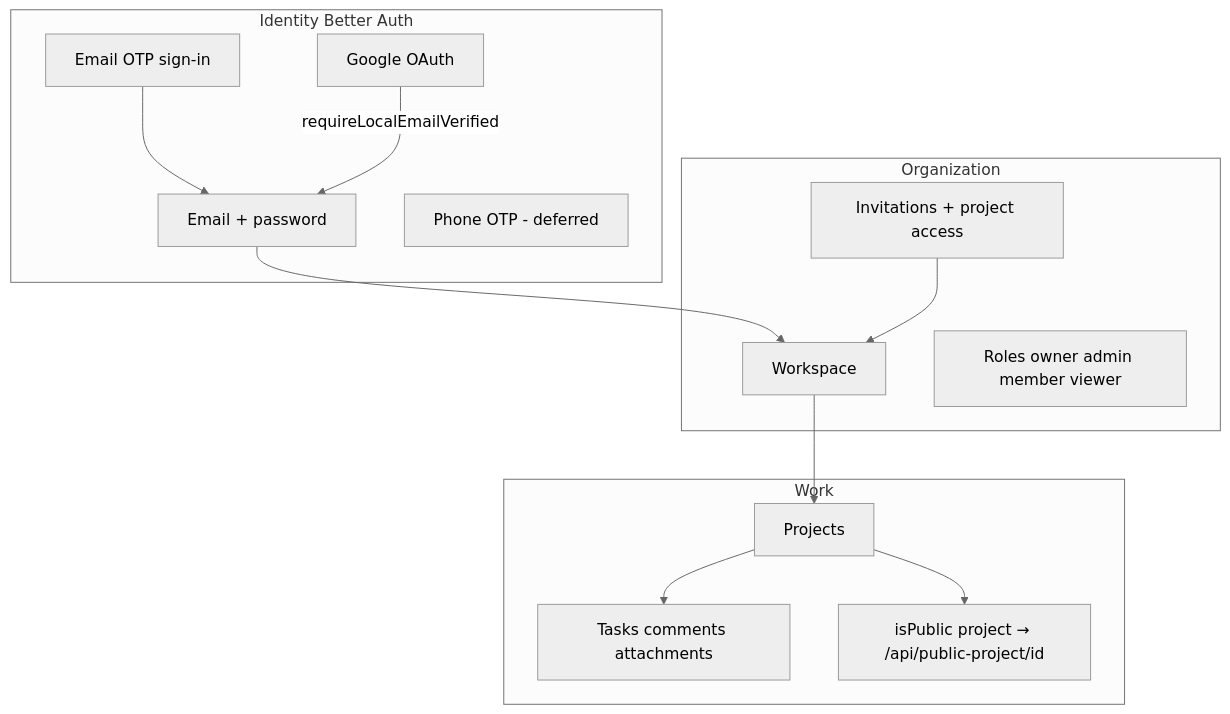
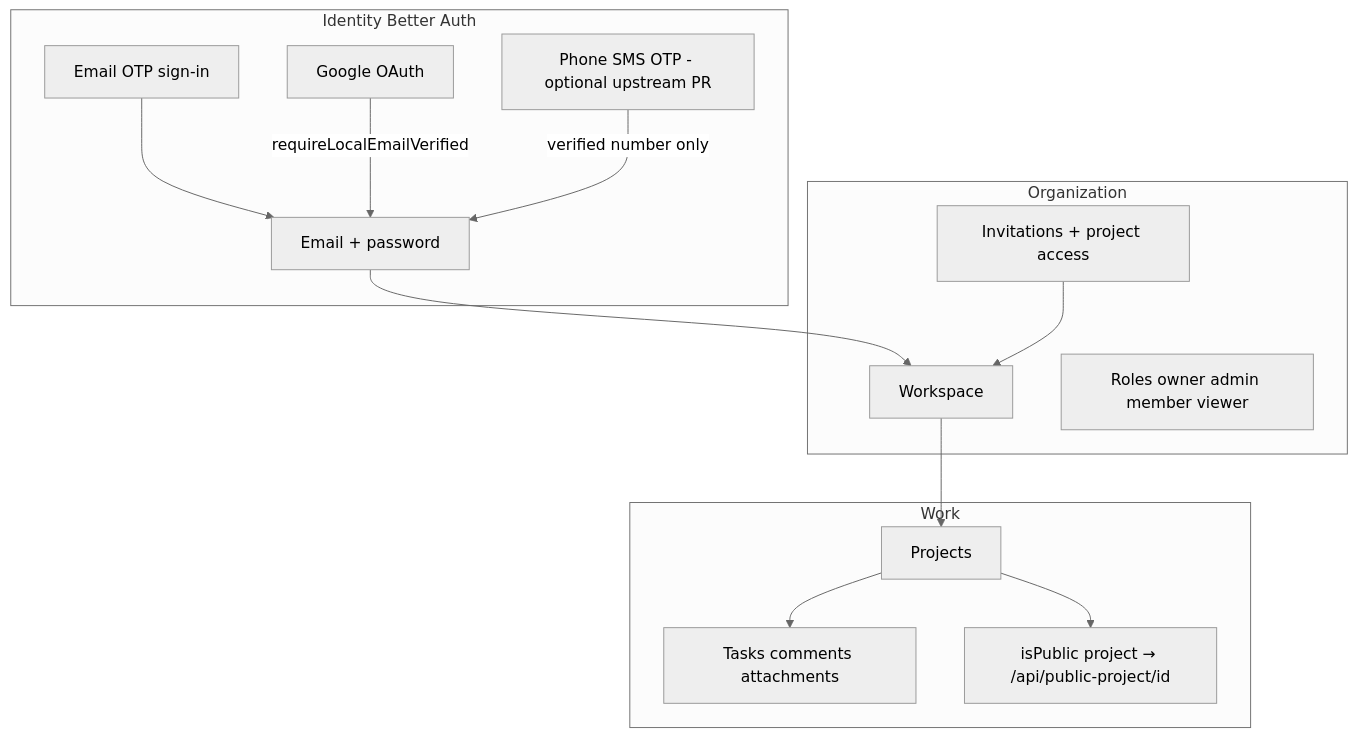
The diagram in docs/prsm/PRODUCT_PLAN.md (R4wm/kaneo), drawn with Mermaid (neutral theme) before and after one commit. The commit also changed other lines of this file and 6 other files, not shown here.

First line of the commit message:
docs(prsm): narrow SMS phone verification plan for upstream PR

````diff
--- a/docs/prsm/PRODUCT_PLAN.md
+++ b/docs/prsm/PRODUCT_PLAN.md
@@ -17,25 +17,26 @@
 ```mermaid
 flowchart TB
   subgraph identity [Identity Better Auth]
     Email[Email + password]
     EmailOtp[Email OTP sign-in]
     Google[Google OAuth]
-    PhoneFuture[Phone OTP - deferred]
+    PhoneOpt[Phone SMS OTP - optional upstream PR]
   end
   subgraph org [Organization]
     WS[Workspace]
     Roles[Roles owner admin member viewer]
     Invite[Invitations + project access]
   end
   subgraph work [Work]
     Project[Projects]
     Task[Tasks comments attachments]
     Public["isPublic project → /api/public-project/id"]
   end
   Email --> WS
   EmailOtp --> Email
   Google -->|"requireLocalEmailVerified"| Email
+  PhoneOpt -->|"verified number only"| Email
   Invite --> WS
   WS --> Project --> Task
   Project --> Public
 ```
````
